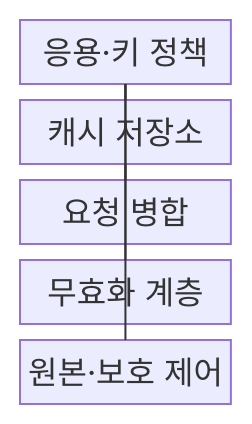
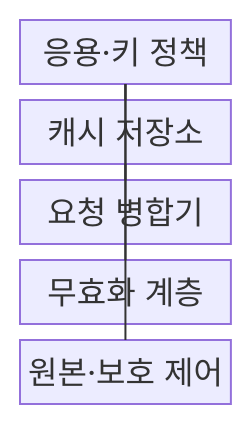
One commit to agnusdei1207/knowledge-base changed the first of 2 diagrams in src/content/docs/notes/03-software/180_caching_strategy.md. Above: the diagram before and after it, drawn with Mermaid. The commit also changed other lines of this file and 20 other files, not shown here.

````diff
--- a/src/content/docs/notes/03-software/180_caching_strategy.md
+++ b/src/content/docs/notes/03-software/180_caching_strategy.md
@@ -57,13 +60,13 @@
 ```mermaid
-block-beta
+block
     columns 1
     A["응용·키 정책"]
     B["캐시 저장소"]
-    C["요청 병합"]
+    C["요청 병합기"]
     D["무효화 계층"]
     E["원본·보호 제어"]
     A --- B
     A --- C
     B --- D
     A --- E
 ```
````
